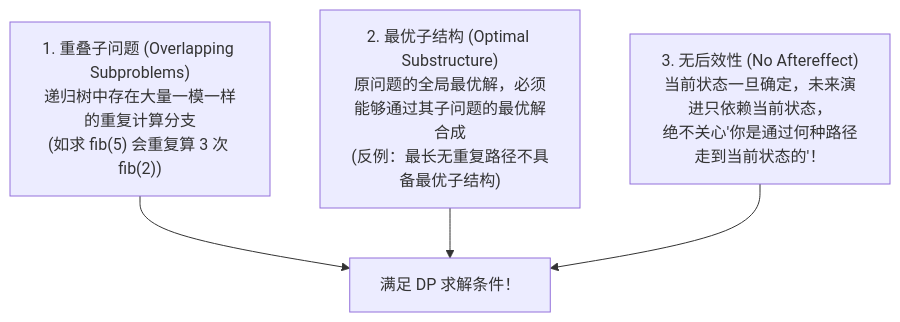
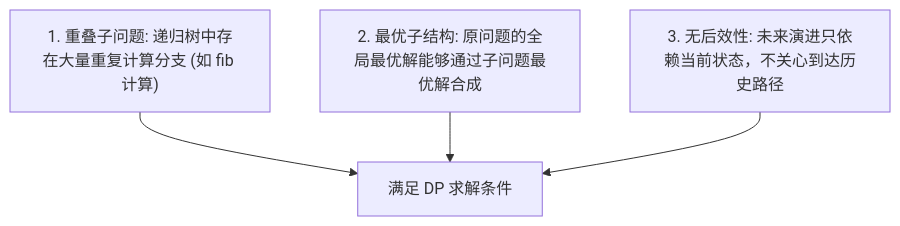
One commit to GuoWWWX/knowledge-base changed the second of 3 diagrams in 30-算法与数据结构/02-算法思想/09-动态规划入门.md. Above: the diagram before and after it, drawn with Mermaid. The commit also changed other lines of this file and 251 other files, not shown here.

````diff
--- a/30-算法与数据结构/02-算法思想/09-动态规划入门.md
+++ b/30-算法与数据结构/02-算法思想/09-动态规划入门.md
@@ -25,6 +51,6 @@
 ```mermaid
 flowchart TD
-    Check1["1. 重叠子问题 (Overlapping Subproblems)<br/>递归树中存在大量一模一样的重复计算分支<br/>(如求 fib(5) 会重复算 3 次 fib(2))"] --> DP_Fit["满足 DP 求解条件！"]
-    Check2["2. 最优子结构 (Optimal Substructure)<br/>原问题的全局最优解，必须能够通过其子问题的最优解合成<br/>(反例：最长无重复路径不具备最优子结构)"] --> DP_Fit
-    Check3["3. 无后效性 (No Aftereffect)<br/>当前状态一旦确定，未来演进只依赖当前状态，<br/>绝不关心'你是通过何种路径走到当前状态的'！"] --> DP_Fit
+    Check1["1. 重叠子问题: 递归树中存在大量重复计算分支 (如 fib 计算)"] --> DP_Fit["满足 DP 求解条件"]
+    Check2["2. 最优子结构: 原问题的全局最优解能够通过子问题最优解合成"] --> DP_Fit
+    Check3["3. 无后效性: 未来演进只依赖当前状态，不关心到达历史路径"] --> DP_Fit
 ```
````
